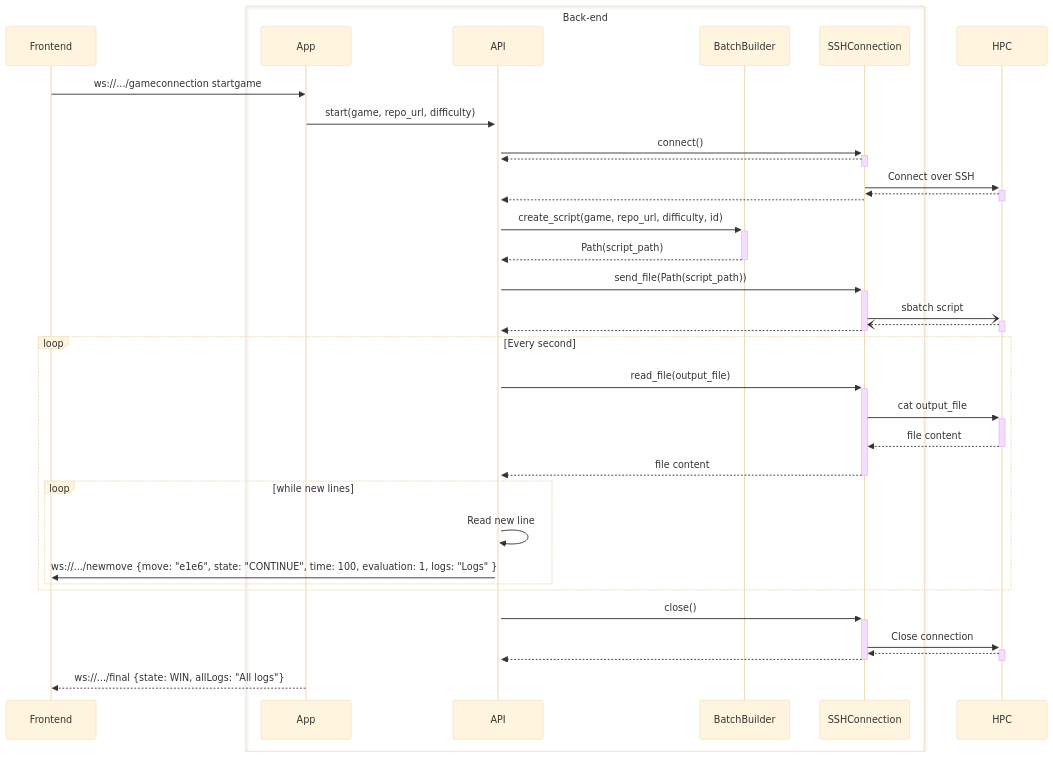
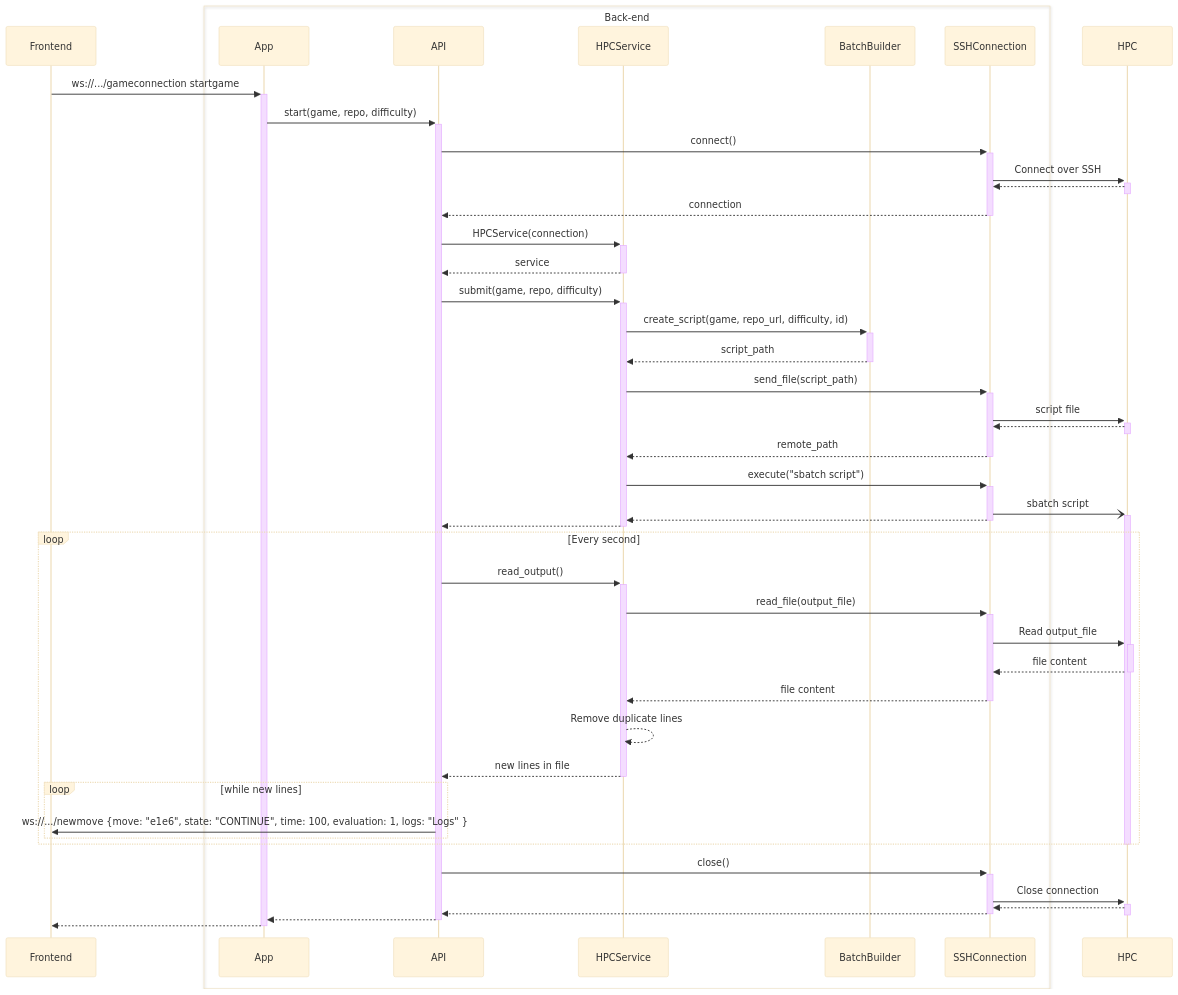
The second of 5 diagrams in docs/architecture.md (game-ai-platform-team/tira-ai-platform), drawn with Mermaid (base theme) before and after one commit. The commit also changed other lines of this file, not shown here.

Commit message:
docs(#111): Update architecture

````diff
--- a/docs/architecture.md
+++ b/docs/architecture.md
@@ -53,49 +53,66 @@
 ```mermaid
 sequenceDiagram
 
 participant Frontend
 
 box Back-end
     participant App
     participant API
+    participant HPCService
     participant BatchBuilder
     participant SSHConnection
 end
 
-Frontend ->> App: ws://.../gameconnection startgame
+Frontend ->>+ App: ws://.../gameconnection startgame
 
-App ->>+ API: start(game, repo_url, difficulty)
+App ->>+ API: start(game, repo, difficulty)
 API ->>+ SSHConnection: connect()
-SSHConnection -->>- API: 
 
 SSHConnection ->>+ HPC: Connect over SSH
 HPC -->>- SSHConnection: 
+SSHConnection -->>- API: connection
 
-SSHConnection -->> API: 
-API ->>+ BatchBuilder: create_script(game, repo_url, difficulty, id)
-BatchBuilder -->>- API: Path(script_path)
+API ->>+ HPCService: HPCService(connection)
+HPCService -->>- API: service
 
-API ->>+ SSHConnection: send_file(Path(script_path))
-SSHConnection -)+ HPC: sbatch script
-HPC --)- SSHConnection: 
-SSHConnection -->>- API: 
+API ->>+ HPCService: submit(game, repo, difficulty)
+    HPCService ->>+ BatchBuilder: create_script(game, repo_url, difficulty, id)
+    BatchBuilder -->>- HPCService: script_path
+
+    HPCService ->>+ SSHConnection: send_file(script_path)
+        SSHConnection ->>+ HPC: script file
+        HPC -->>- SSHConnection: 
+    SSHConnection -->>- HPCService: remote_path
+
+    HPCService ->>+ SSHConnection: execute("sbatch script")
+        SSHConnection -)+ HPC: sbatch script
+        
+    SSHConnection -->>- HPCService: 
+HPCService -->>- API: 
 
 loop Every second
-    API ->>+ SSHConnection: read_file(output_file)
-    SSHConnection ->>+ HPC: cat output_file
-    HPC -->>- SSHConnection: file content
-    SSHConnection -->>- API: file content
+    API ->>+ HPCService: read_output()
+        HPCService ->>+ SSHConnection: read_file(output_file)
+        SSHConnection ->>+ HPC: Read output_file
+        HPC -->>- SSHConnection: file content
+        SSHConnection -->>- HPCService: file content
+
+        HPCService -->> HPCService: Remove duplicate lines
+
+    HPCService -->>- API: new lines in file
 
     loop while new lines
-        API ->> API: Read new line
         API ->> Frontend: ws://.../newmove {move: "e1e6", state: "CONTINUE", time: 100, evaluation: 1, logs: "Logs" }
     end
 end
 
+deactivate HPC
+
 API ->>+ SSHConnection: close()
-SSHConnection ->>+ HPC: Close connection
-HPC -->>- SSHConnection: 
+    SSHConnection ->>+ HPC: Close connection
+    HPC -->>- SSHConnection: 
 SSHConnection -->>- API: 
 
-App -->> Frontend: ws://.../final {state: WIN, allLogs: "All logs"}
+API -->>- App: 
+App -->>- Frontend: 
 ```
````
